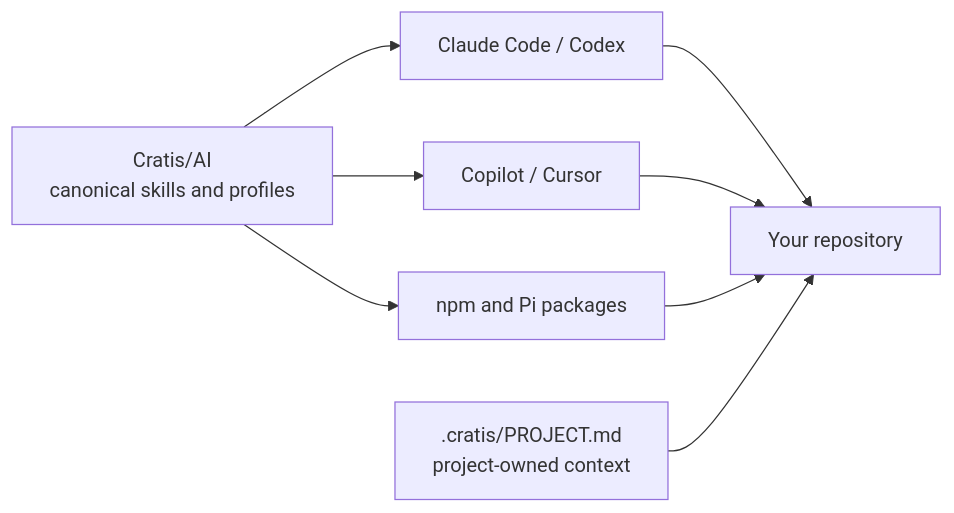
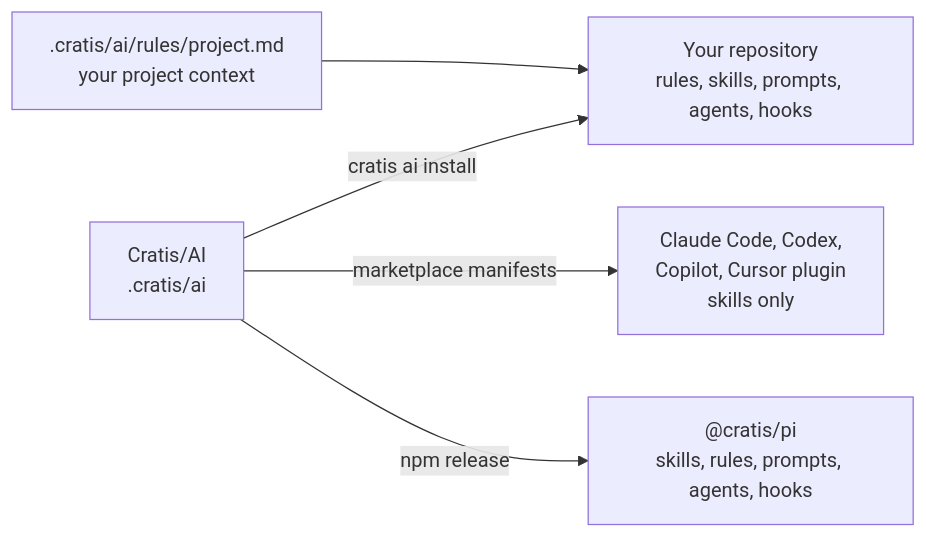
Before and after one commit to Cratis/Documentation: the diagram in web/src/content/docs/plugins.mdx, drawn with Mermaid. The commit also changed other lines of this file and 14 other files, not shown here.

````diff
--- a/web/src/content/docs/plugins.mdx
+++ b/web/src/content/docs/plugins.mdx
@@ -22,10 +35,7 @@
 ```mermaid
 flowchart LR
-    A[Cratis/AI<br/>canonical skills and profiles] --> C[Claude Code / Codex]
-    A --> K[Copilot / Cursor]
-    A --> N[npm and Pi packages]
-    C --> P[Your repository]
-    K --> P
-    N --> P
-    X[.cratis/PROJECT.md<br/>project-owned context] --> P
+    A[Cratis/AI<br/>.cratis/ai] -->|cratis ai install| R[Your repository<br/>rules, skills, prompts, agents, hooks]
+    A -->|marketplace manifests| M[Claude Code, Codex,<br/>Copilot, Cursor plugin<br/>skills only]
+    A -->|npm release| P["@cratis/pi<br/>skills, rules, prompts, agents, hooks"]
+    X[.cratis/ai/rules/project.md<br/>your project context] --> R
 ```
````
